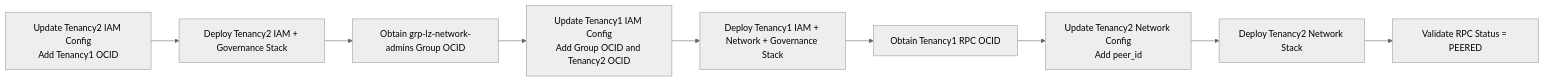
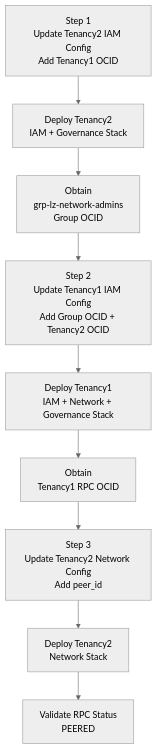
One commit to oci-landing-zones/oci-landing-zone-operating-entities changed the diagram in addons/oci-x-rpc/execution.md. Above: the diagram before and after it, drawn with Mermaid (neutral theme). The commit also changed other lines of this file, not shown here.

Commit message:
updating md file

````diff
--- a/addons/oci-x-rpc/execution.md
+++ b/addons/oci-x-rpc/execution.md
@@ -13,37 +13,39 @@
 ```mermaid
 
-flowchart LR
+flowchart TD
 
-    A[Update Tenancy2 IAM Config<br/>Add Tenancy1 OCID] --> 
+    A["Step 1<br/>Update Tenancy2 IAM Config<br/>Add Tenancy1 OCID"]
 
-    B[Deploy Tenancy2 IAM + Governance Stack]
+    B["Deploy Tenancy2<br/>IAM + Governance Stack"]
 
-    B --> 
+    C["Obtain<br/>grp-lz-network-admins<br/>Group OCID"]
 
-    C[Obtain grp-lz-network-admins Group OCID]
+    D["Step 2<br/>Update Tenancy1 IAM Config<br/>Add Group OCID + Tenancy2 OCID"]
 
-    C --> 
+    E["Deploy Tenancy1<br/>IAM + Network + Governance Stack"]
 
-    D[Update Tenancy1 IAM Config<br/>Add Group OCID and Tenancy2 OCID]
+    F["Obtain<br/>Tenancy1 RPC OCID"]
 
-    D --> 
+    G["Step 3<br/>Update Tenancy2 Network Config<br/>Add peer_id"]
 
-    E[Deploy Tenancy1 IAM + Network + Governance Stack]
+    H["Deploy Tenancy2<br/>Network Stack"]
 
-    E --> 
+    I["Validate RPC Status<br/>PEERED"]
 
-    F[Obtain Tenancy1 RPC OCID]
+    A --> B
 
-    F --> 
+    B --> C
 
-    G[Update Tenancy2 Network Config<br/>Add peer_id]
+    C --> D
 
-    G --> 
+    D --> E
 
-    H[Deploy Tenancy2 Network Stack]
+    E --> F
 
-    H --> 
+    F --> G
 
-    I[Validate RPC Status = PEERED]
+    G --> H
+
+    H --> I
 
 ```
````
